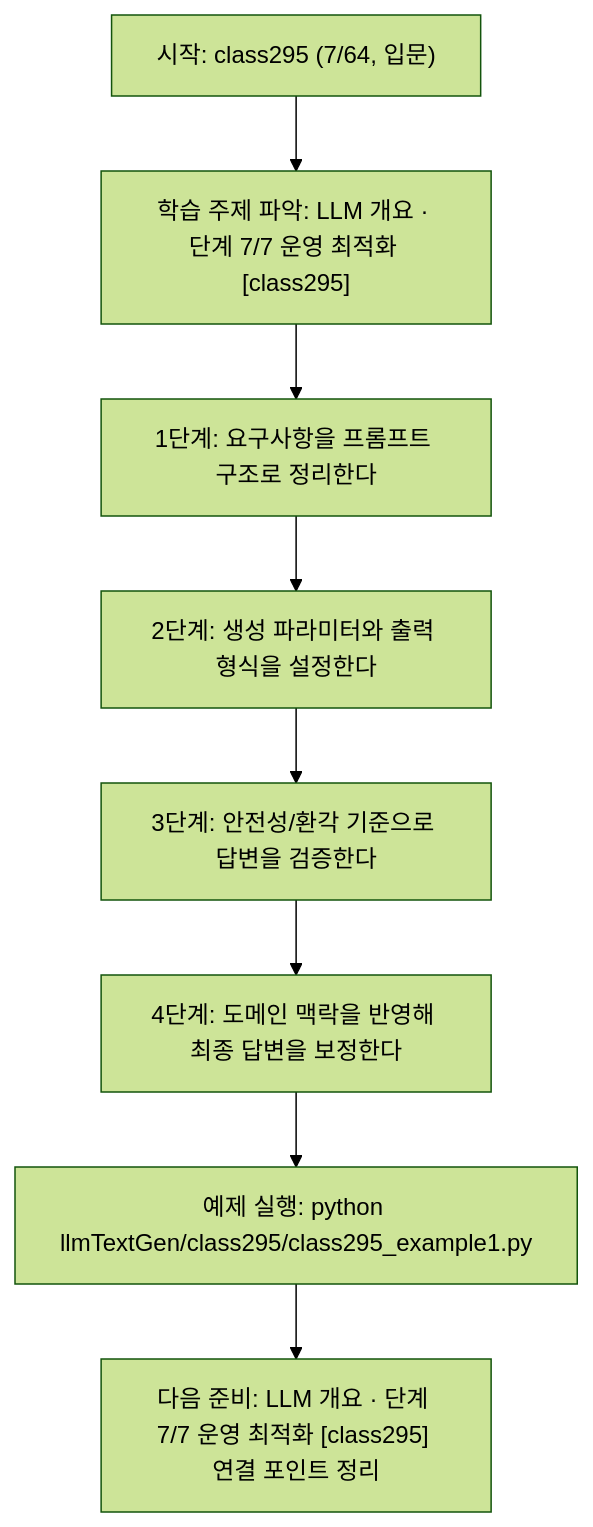
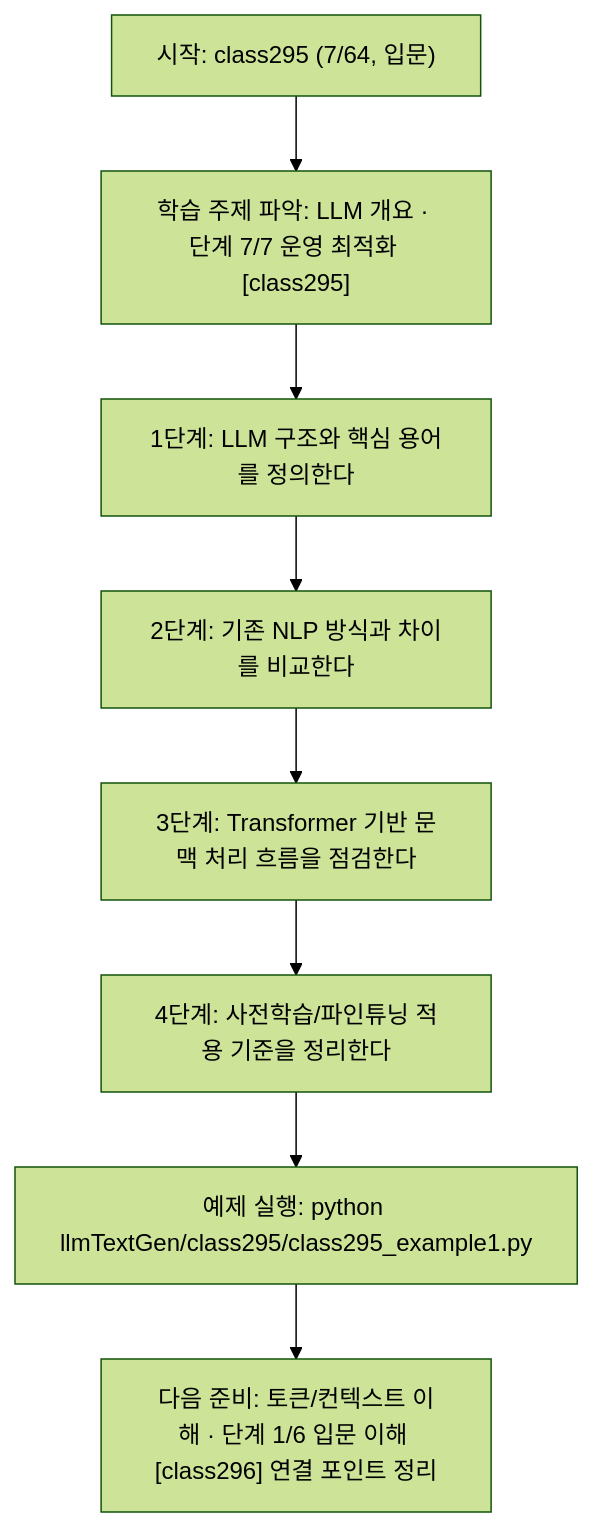
Before and after one commit to edumgt/Python-AI_Agent-Class: the diagram in llmTextGen/class295/class295.md, drawn with Mermaid (forest theme). The commit also changed other lines of this file and 451 other files, not shown here.

````diff
--- a/llmTextGen/class295/class295.md
+++ b/llmTextGen/class295/class295.md
@@ -113,18 +95,18 @@
 ```mermaid
 flowchart TD
 N1["시작: class295 (7/64, 입문)"]
 N2["학습 주제 파악: LLM 개요 · 단계 7/7 운영 최적화 [class295]"]
-N3["1단계: 요구사항을 프롬프트 구조로 정리한다"]
-N4["2단계: 생성 파라미터와 출력 형식을 설정한다"]
-N5["3단계: 안전성/환각 기준으로 답변을 검증한다"]
-N6["4단계: 도메인 맥락을 반영해 최종 답변을 보정한다"]
+N3["1단계: LLM 구조와 핵심 용어를 정의한다"]
+N4["2단계: 기존 NLP 방식과 차이를 비교한다"]
+N5["3단계: Transformer 기반 문맥 처리 흐름을 점검한다"]
+N6["4단계: 사전학습/파인튜닝 적용 기준을 정리한다"]
 N7["예제 실행: python llmTextGen/class295/class295_example1.py"]
-N8["다음 준비: LLM 개요 · 단계 7/7 운영 최적화 [class295] 연결 포인트 정리"]
+N8["다음 준비: 토큰/컨텍스트 이해 · 단계 1/6 입문 이해 [class296] 연결 포인트 정리"]
 N1 --> N2
 N2 --> N3
 N3 --> N4
 N4 --> N5
 N5 --> N6
 N6 --> N7
 N7 --> N8
 ```
````
